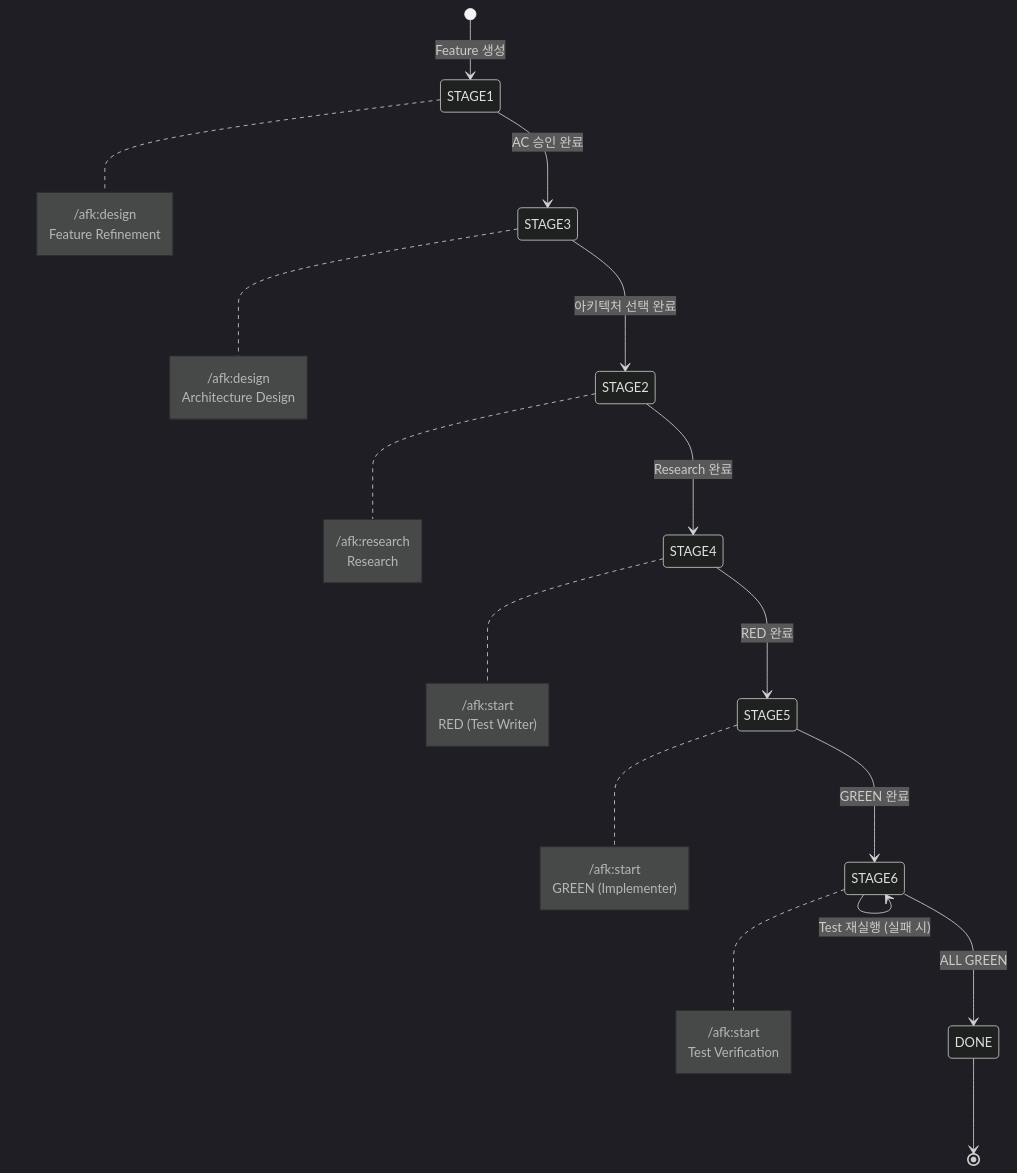
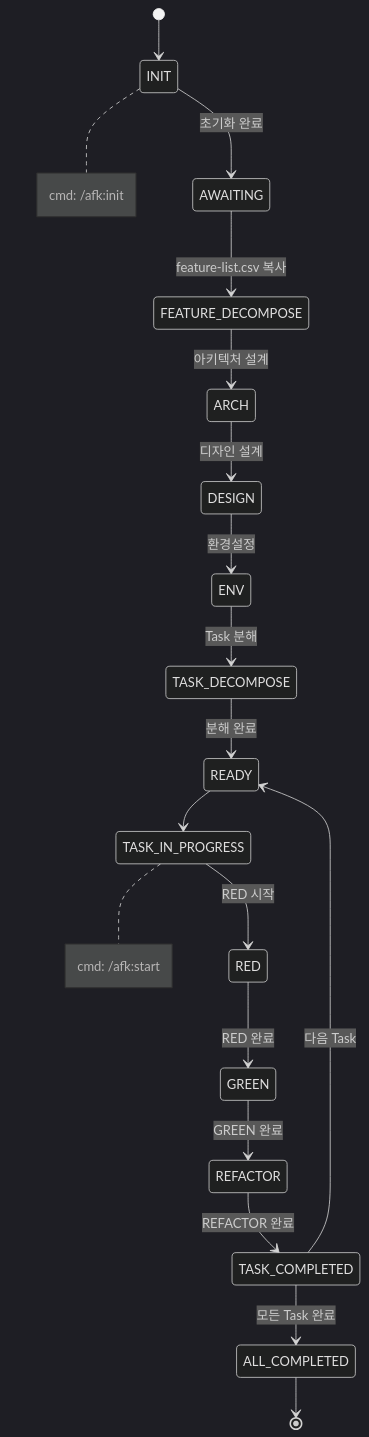
The eighth of 8 diagrams in docs/workflow.md (robinseo/afk-mod), drawn with Mermaid (dark theme) before and after one commit. The commit also changed other lines of this file and 11 other files, not shown here.

````diff
--- a/docs/workflow.md
+++ b/docs/workflow.md
@@ -501,46 +358,31 @@
 ```mermaid
 stateDiagram-v2
-    [*] --> STAGE1: Feature 생성
-    STAGE1 --> STAGE3: AC 승인 완료
-
-    STAGE3 --> STAGE2: 아키텍처 선택 완료
-    STAGE2 --> STAGE4: Research 완료
-
-    STAGE4 --> STAGE5: RED 완료
-    STAGE5 --> STAGE6: GREEN 완료
-
-    STAGE6 --> STAGE6: Test 재실행 (실패 시)
-    STAGE6 --> DONE: ALL GREEN
-
-    DONE --> [*]
-
-    note right of STAGE1
-        /afk:design
-        Feature Refinement
+    [*] --> INIT
+    note right of INIT
+      cmd: /afk:init
     end note
 
-    note right of STAGE2
-        /afk:research
-        Research
+    INIT --> AWAITING: 초기화 완료
+
+    AWAITING --> FEATURE_DECOMPOSE: feature-list.csv 복사
+    FEATURE_DECOMPOSE --> ARCH: 아키텍처 설계
+    ARCH --> DESIGN: 디자인 설계
+    DESIGN --> ENV: 환경설정
+    ENV --> TASK_DECOMPOSE: Task 분해
+
+    TASK_DECOMPOSE --> READY: 분해 완료
+    READY --> TASK_IN_PROGRESS
+    note right of TASK_IN_PROGRESS
+      cmd: /afk:start
     end note
 
-    note right of STAGE3
-        /afk:design
-        Architecture Design
-    end note
+    TASK_IN_PROGRESS --> RED: RED 시작
+    RED --> GREEN: RED 완료
+    GREEN --> REFACTOR: GREEN 완료
+    REFACTOR --> TASK_COMPLETED: REFACTOR 완료
 
-    note right of STAGE4
-        /afk:start
-        RED (Test Writer)
-    end note
+    TASK_COMPLETED --> READY: 다음 Task
+    TASK_COMPLETED --> ALL_COMPLETED: 모든 Task 완료
 
-    note right of STAGE5
-        /afk:start
-        GREEN (Implementer)
-    end note
-
-    note right of STAGE6
-        /afk:start
-        Test Verification
-    end note
+    ALL_COMPLETED --> [*]
 ```
````
